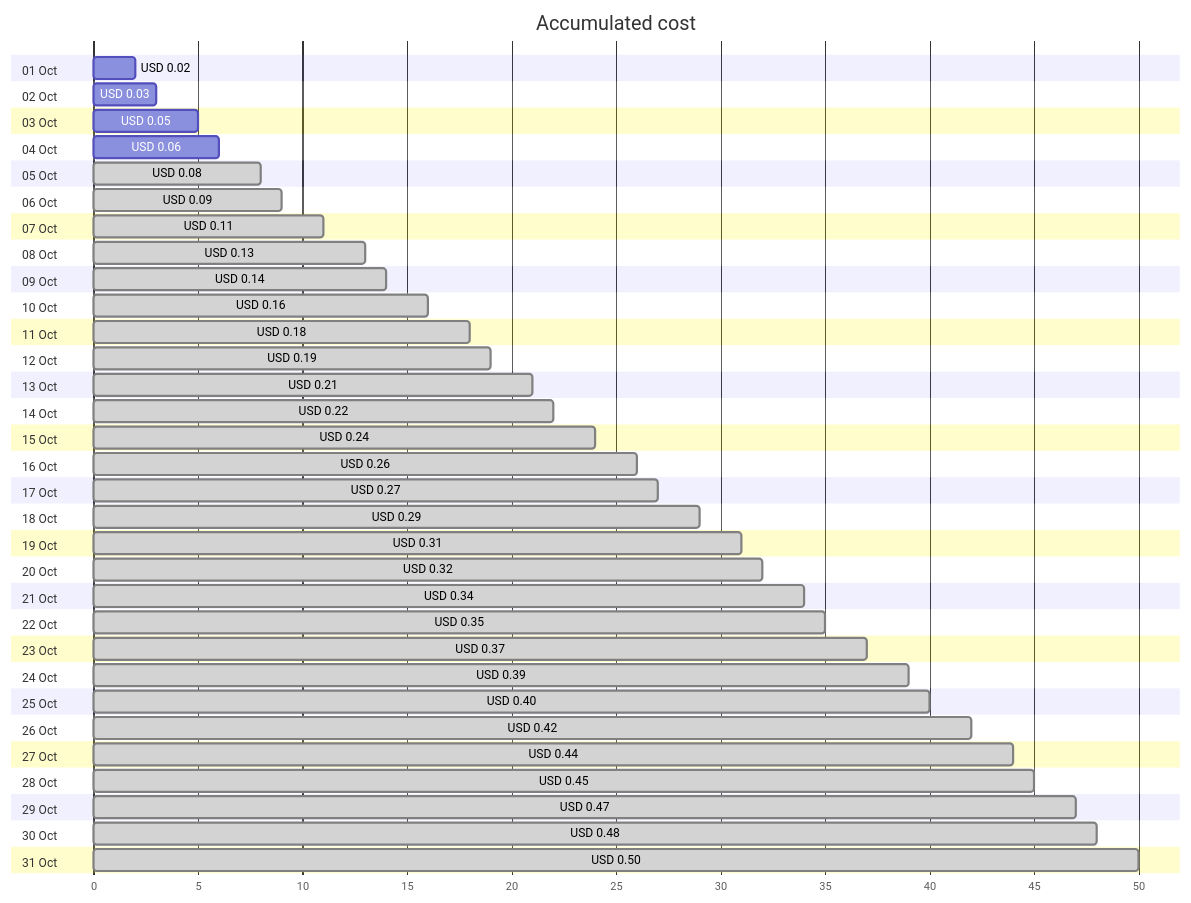
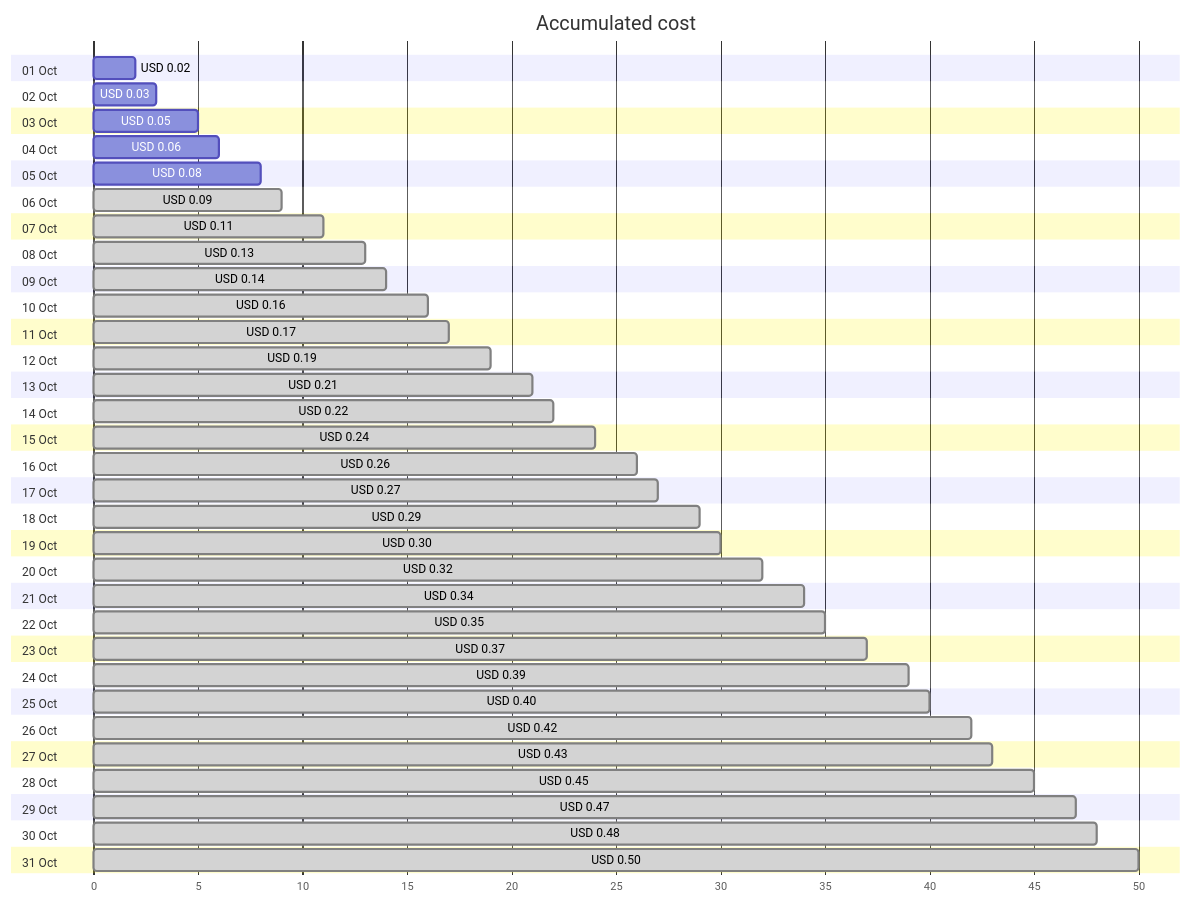
The first of 4 diagrams in cost-reports/personal-network/private.jpatrickfulton.com.md (jpfulton/azure-personal-reports), drawn with Mermaid before and after one commit. The commit also changed other lines of this file and 8 other files, not shown here.

````diff
--- a/cost-reports/personal-network/private.jpatrickfulton.com.md
+++ b/cost-reports/personal-network/private.jpatrickfulton.com.md
@@ -20,68 +20,68 @@
 ```mermaid
 gantt
    title Accumulated cost
    dateFormat  X
    axisFormat %s
    section 01 Oct
    USD 0.02 :0, 2
    section 02 Oct
    USD 0.03 :0, 3
    section 03 Oct
    USD 0.05 :0, 5
    section 04 Oct
    USD 0.06 :0, 6
    section 05 Oct
-   USD 0.08 : done, 0, 8
+   USD 0.08 :0, 8
    section 06 Oct
    USD 0.09 : done, 0, 9
    section 07 Oct
    USD 0.11 : done, 0, 11
    section 08 Oct
    USD 0.13 : done, 0, 13
    section 09 Oct
    USD 0.14 : done, 0, 14
    section 10 Oct
    USD 0.16 : done, 0, 16
    section 11 Oct
-   USD 0.18 : done, 0, 18
+   USD 0.17 : done, 0, 17
    section 12 Oct
    USD 0.19 : done, 0, 19
    section 13 Oct
    USD 0.21 : done, 0, 21
    section 14 Oct
    USD 0.22 : done, 0, 22
    section 15 Oct
    USD 0.24 : done, 0, 24
    section 16 Oct
    USD 0.26 : done, 0, 26
    section 17 Oct
    USD 0.27 : done, 0, 27
    section 18 Oct
    USD 0.29 : done, 0, 29
    section 19 Oct
-   USD 0.31 : done, 0, 31
+   USD 0.30 : done, 0, 30
    section 20 Oct
    USD 0.32 : done, 0, 32
    section 21 Oct
    USD 0.34 : done, 0, 34
    section 22 Oct
    USD 0.35 : done, 0, 35
    section 23 Oct
    USD 0.37 : done, 0, 37
    section 24 Oct
    USD 0.39 : done, 0, 39
    section 25 Oct
    USD 0.40 : done, 0, 40
    section 26 Oct
    USD 0.42 : done, 0, 42
    section 27 Oct
-   USD 0.44 : done, 0, 44
+   USD 0.43 : done, 0, 43
    section 28 Oct
    USD 0.45 : done, 0, 45
    section 29 Oct
    USD 0.47 : done, 0, 47
    section 30 Oct
    USD 0.48 : done, 0, 48
    section 31 Oct
    USD 0.50 : done, 0, 50
 ```
````
